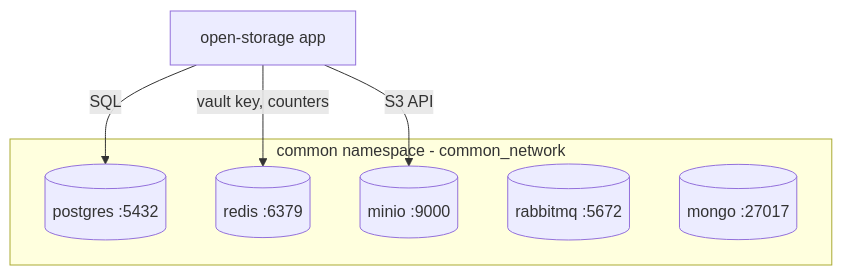
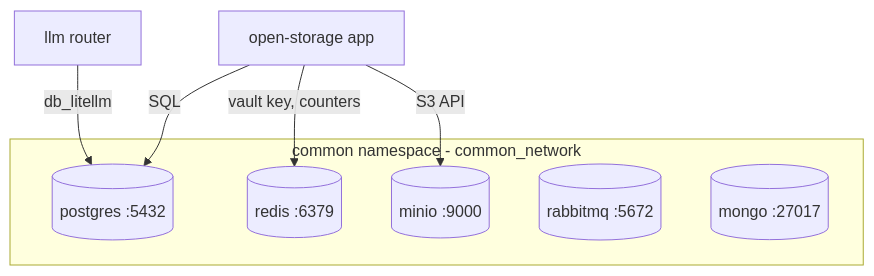
One commit to Aleshka5/Open-Storage changed the diagram in docs/common/init.md. Above: the diagram before and after it, drawn with Mermaid. The commit also changed other lines of this file and 9 other files, not shown here.

````diff
--- a/docs/common/init.md
+++ b/docs/common/init.md
@@ -21,16 +23,18 @@
 ```mermaid
 flowchart TB
   subgraph CM["common namespace - common_network"]
     PG[("postgres :5432")]
     RD[("redis :6379")]
     MN[("minio :9000")]
     RQ[("rabbitmq :5672")]
     MG[("mongo :27017")]
   end
 
   OS["open-storage app"]
+  LM["llm router"]
 
   OS -->|"SQL"| PG
   OS -->|"vault key, counters"| RD
   OS -->|"S3 API"| MN
+  LM -->|"db_litellm"| PG
 ```
````
